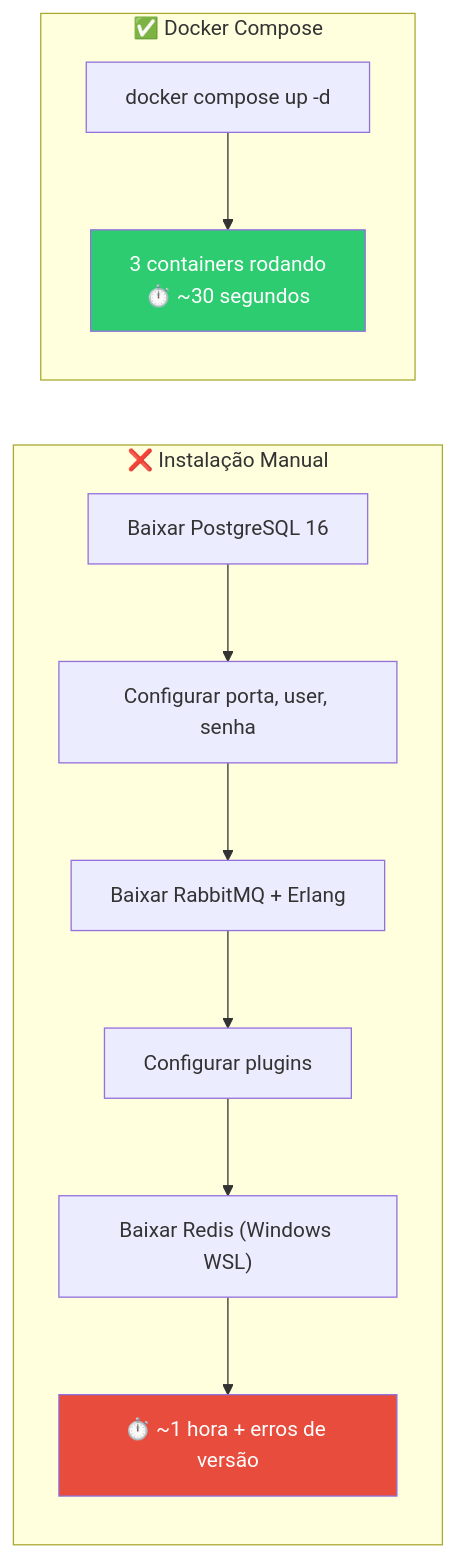
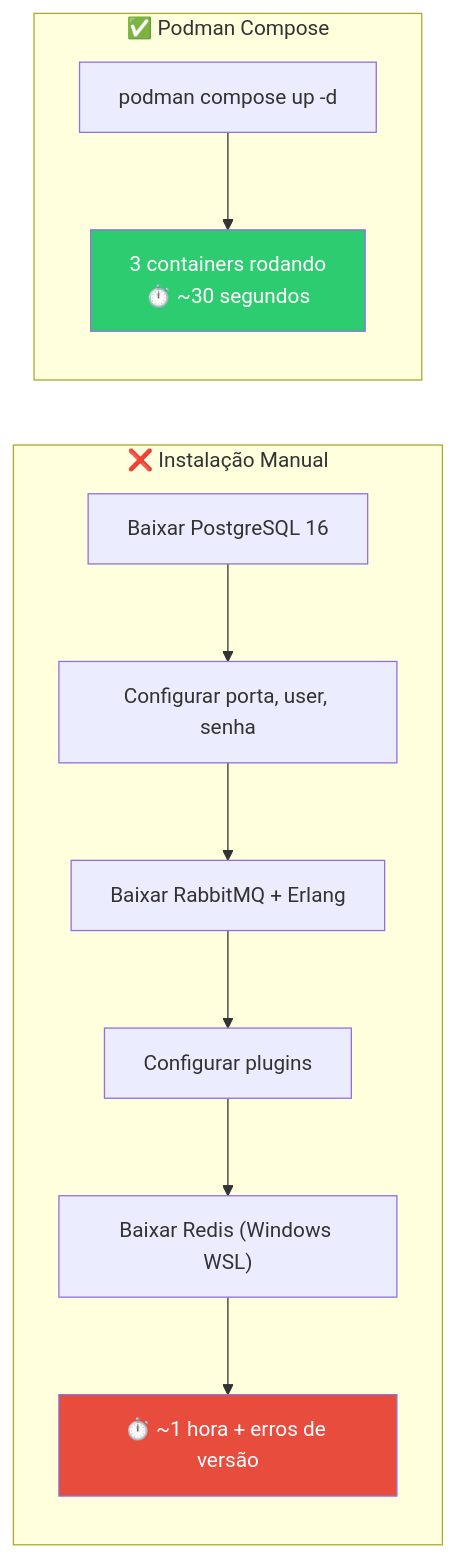
One commit to deusemarjunior/trein-java-intermed changed the first of 7 diagrams in dia-06/slide-02.md. Above: the diagram before and after it, drawn with Mermaid. The commit also changed other lines of this file and 100 other files, not shown here.

Commit message:
removendo docker adicionando podman

````diff
--- a/dia-06/slide-02.md
+++ b/dia-06/slide-02.md
@@ -21,17 +21,17 @@
 ```mermaid
 graph LR
     subgraph "❌ Instalação Manual"
         I1["Baixar PostgreSQL 16"] --> I2["Configurar porta, user, senha"]
         I2 --> I3["Baixar RabbitMQ + Erlang"]
         I3 --> I4["Configurar plugins"]
         I4 --> I5["Baixar Redis (Windows WSL)"]
         I5 --> I6["⏱️ ~1 hora + erros de versão"]
     end
 
-    subgraph "✅ Docker Compose"
-        D1["docker compose up -d"] --> D2["3 containers rodando<br/>⏱️ ~30 segundos"]
+    subgraph "✅ Podman Compose"
+        D1["podman compose up -d"] --> D2["3 containers rodando<br/>⏱️ ~30 segundos"]
     end
 
     style I6 fill:#e74c3c,color:#fff
     style D2 fill:#2ecc71,color:#fff
 ```
````
